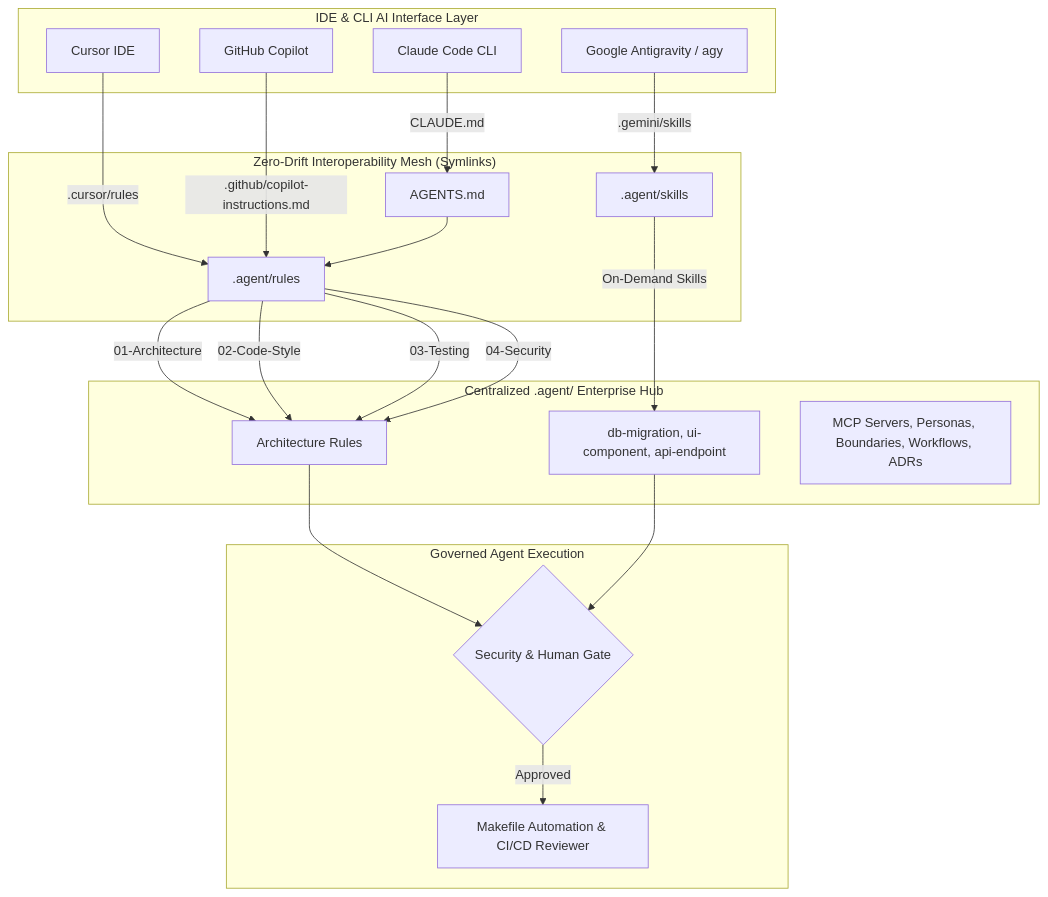
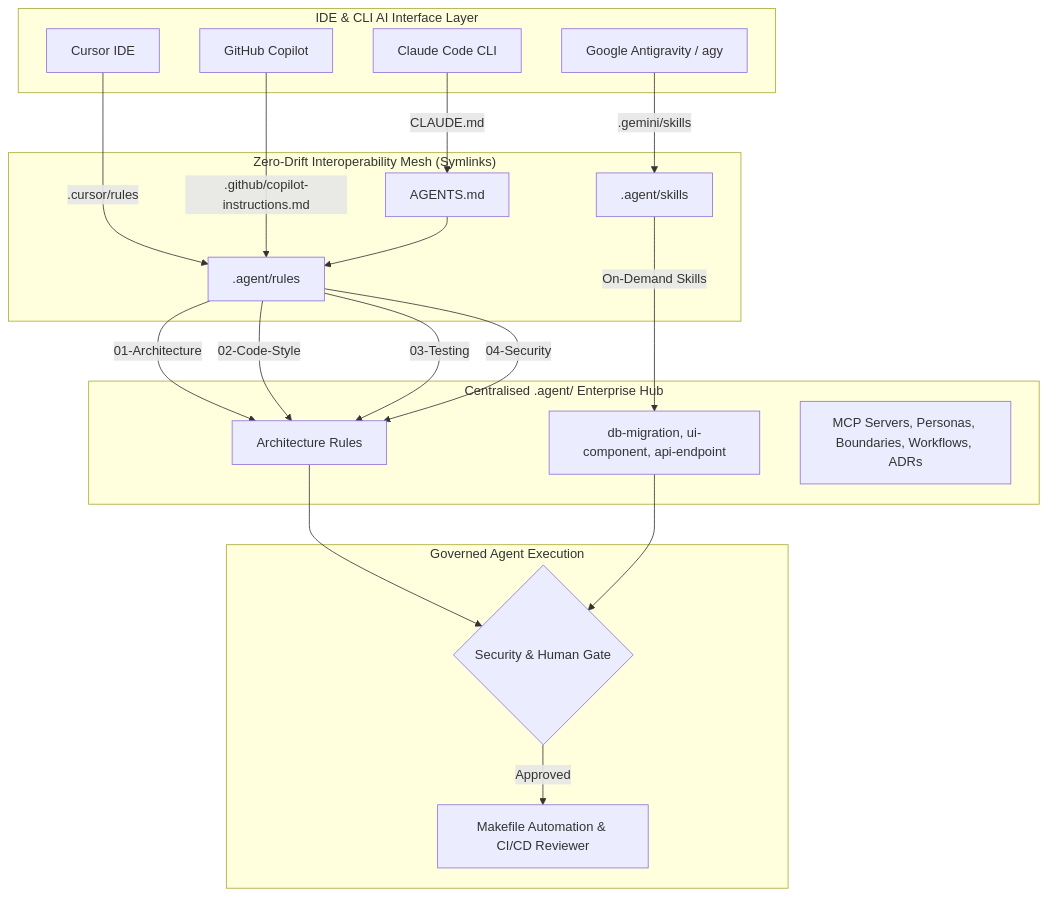
Before and after one commit to syniol/llm-software-project: the first of 2 diagrams in README.md, drawn with Mermaid. The commit also changed other lines of this file and 8 other files, not shown here.

````diff
--- a/README.md
+++ b/README.md
@@ -22,34 +22,34 @@
 ```mermaid
 flowchart TD
     subgraph Toolchain ["IDE & CLI AI Interface Layer"]
         A["Google Antigravity / agy"]
         B["Claude Code CLI"]
         C["Cursor IDE"]
         D["GitHub Copilot"]
     end
 
     subgraph Adapters ["Zero-Drift Interoperability Mesh (Symlinks)"]
         A -->|".gemini/skills"| S[".agent/skills"]
         B -->|"CLAUDE.md"| AGENTS["AGENTS.md"]
         C -->|".cursor/rules"| R[".agent/rules"]
         D -->|".github/copilot-instructions.md"| R
     end
 
-    subgraph Hub ["Centralized .agent/ Enterprise Hub"]
+    subgraph Hub ["Centralised .agent/ Enterprise Hub"]
         AGENTS --> R
         R -->|"01-Architecture"| Rules["Architecture Rules"]
         R -->|"02-Code-Style"| Rules
         R -->|"03-Testing"| Rules
         R -->|"04-Security"| Rules
         
         S -->|"On-Demand Skills"| Skills["db-migration, ui-component, api-endpoint"]
         
         HubCore["MCP Servers, Personas, Boundaries, Workflows, ADRs"]
     end
 
     subgraph Execution ["Governed Agent Execution"]
         Rules --> Gate{"Security & Human Gate"}
         Skills --> Gate
         Gate -->|"Approved"| Pipeline["Makefile Automation & CI/CD Reviewer"]
     end
 ```
````
